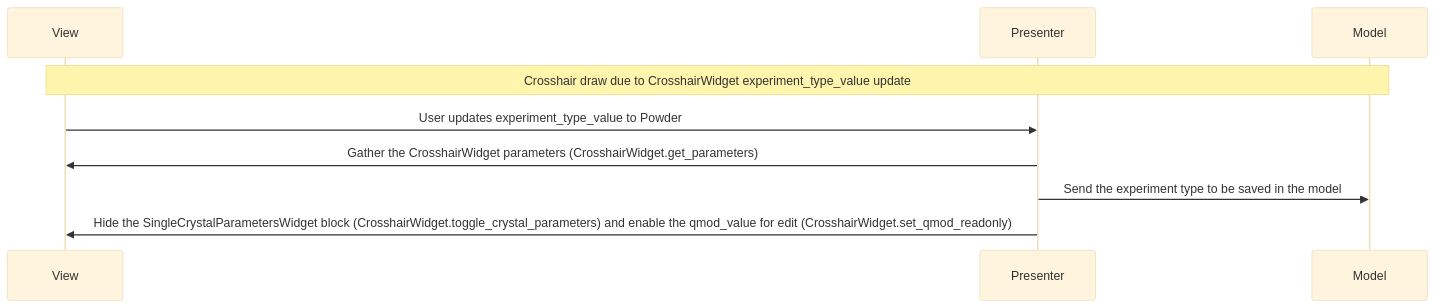
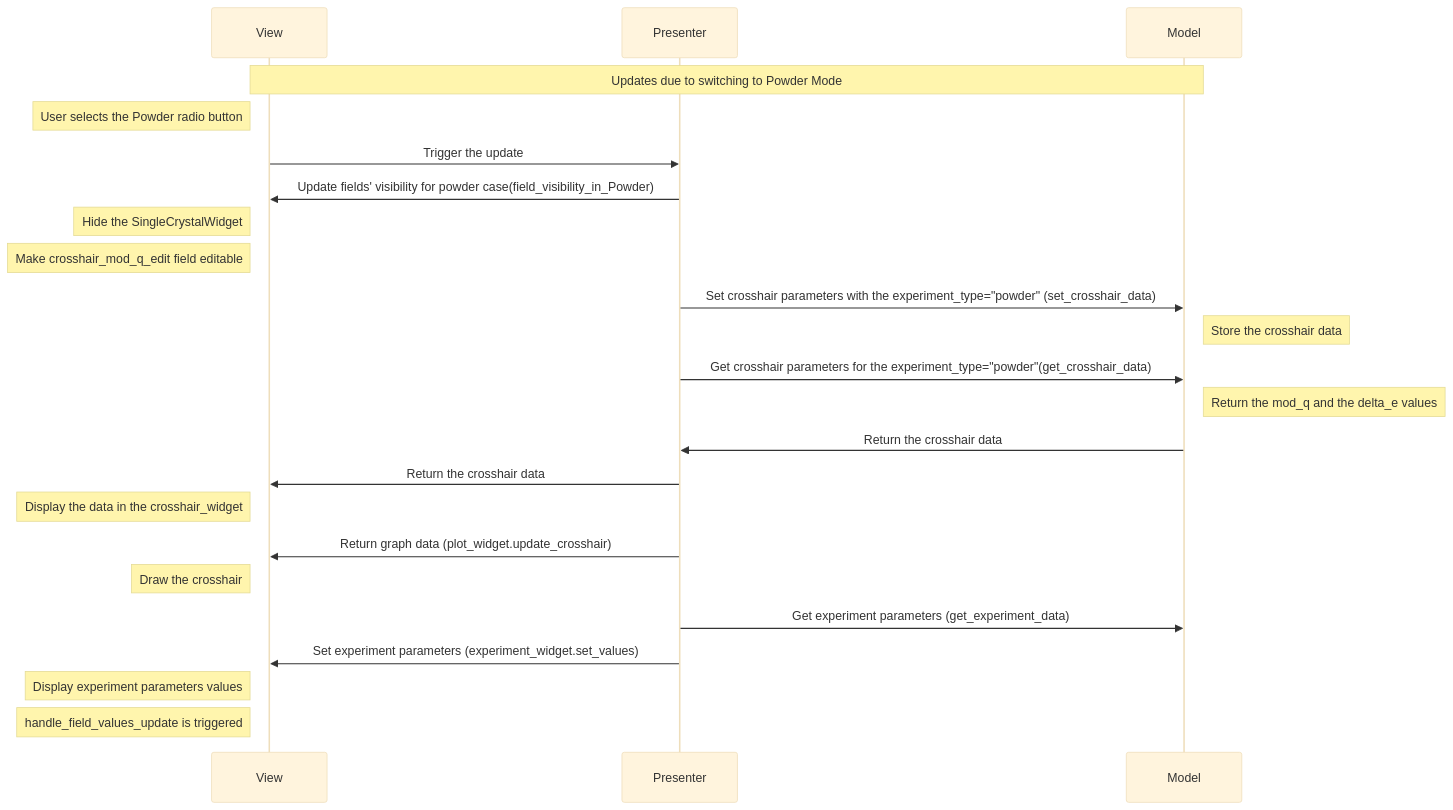
One commit to neutrons/hyspecppt changed diagram 12 of 14 in docs/source/design/hyspecpptclasses.rst. Above: the diagram before and after it, drawn with Mermaid (base theme). The commit also changed other lines of this file and 8 other files, not shown here.

```diff
--- a/docs/source/design/hyspecpptclasses.rst
+++ b/docs/source/design/hyspecpptclasses.rst
@@ -580,12 +368,26 @@
-            .. mermaid::
+    .. mermaid::
 
-                sequenceDiagram
-                    participant View
-                    participant Presenter
-                    participant Model
+        sequenceDiagram
+            participant View
+            participant Presenter
+            participant Model
 
-                    Note over View,Model: Crosshair draw due to CrosshairWidget experiment_type_value update
-                    View->>Presenter: User updates experiment_type_value to Powder
-                    Presenter->>View: Gather the CrosshairWidget  parameters (CrosshairWidget.get_parameters)
-                    Presenter->>Model: Send the experiment type to be saved in the model
-                    Presenter->>View: Hide the SingleCrystalParametersWidget block (CrosshairWidget.toggle_crystal_parameters) and enable the qmod_value for edit (CrosshairWidget.set_qmod_readonly)
+            Note over View,Model: Updates due to switching to Powder Mode
+            Note left of View: User selects the Powder radio button
+            View->>Presenter: Trigger the update
+            Presenter->>View: Update fields' visibility for powder case(field_visibility_in_Powder)
+            Note left of View: Hide the SingleCrystalWidget
+            Note left of View: Make crosshair_mod_q_edit field editable
+            Presenter->>Model: Set crosshair parameters with the experiment_type="powder" (set_crosshair_data)
+            Note right of Model: Store the crosshair data
+            Presenter->>Model: Get crosshair parameters for the experiment_type="powder"(get_crosshair_data)
+            Note right of Model:  Return the mod_q and the delta_e values
+            Model->>Presenter: Return the crosshair data
+            Presenter->>View: Return the crosshair data
+            Note left of View: Display the data in the crosshair_widget
+            Presenter->>View: Return graph data (plot_widget.update_crosshair)
+            Note left of View: Draw the crosshair
+            Presenter->>Model: Get experiment parameters (get_experiment_data)
+            Presenter->>View: Set experiment parameters (experiment_widget.set_values)
+            Note left of View: Display experiment parameters values
+            Note left of View: handle_field_values_update is triggered
```
